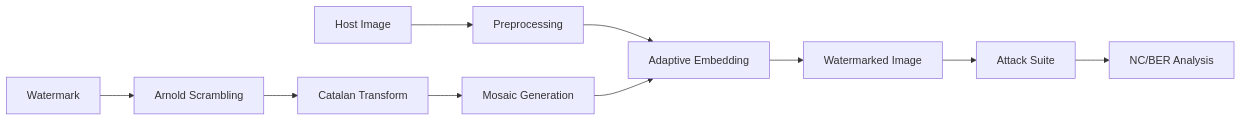
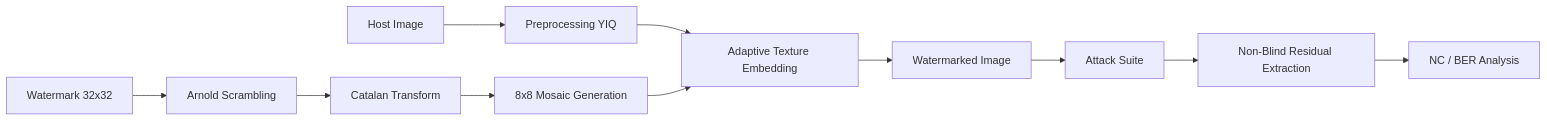
The diagram in README.md (MJenius/Capstone-Code), drawn with Mermaid before and after one commit. The commit also changed other lines of this file and 21 other files, not shown here.

````diff
--- a/README.md
+++ b/README.md
@@ -29,12 +30,13 @@
 ```mermaid
 graph LR
-    H[Host Image] --> P[Preprocessing]
-    W[Watermark] --> S1[Arnold Scrambling]
+    H[Host Image] --> P[Preprocessing YIQ]
+    W[Watermark 32x32] --> S1[Arnold Scrambling]
     S1 --> S2[Catalan Transform]
-    S2 --> M[Mosaic Generation]
-    P --> AE[Adaptive Embedding]
+    S2 --> M[8x8 Mosaic Generation]
+    P --> AE[Adaptive Texture Embedding]
     M --> AE
     AE --> EW[Watermarked Image]
     EW --> AT[Attack Suite]
-    AT --> EX[NC/BER Analysis]
+    AT --> EX[Non-Blind Residual Extraction]
+    EX --> AN[NC / BER Analysis]
 ```
````
